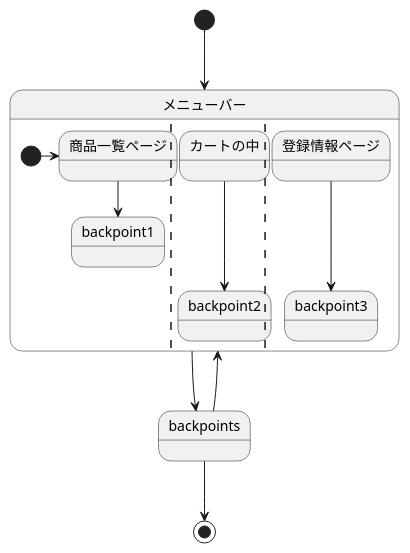
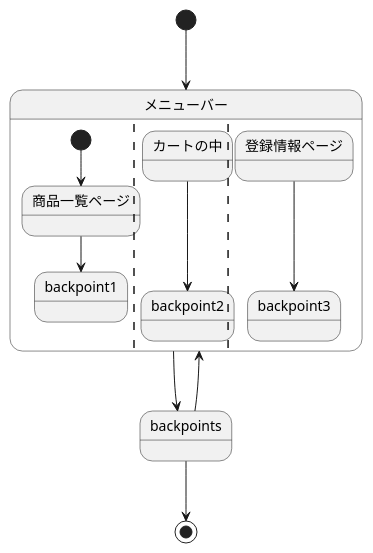
The diagram in sample/StateMachine.md (Aso2001385/2021sys-design), drawn with PlantUML before and after one commit.

````diff
--- a/sample/StateMachine.md
+++ b/sample/StateMachine.md
@@ -1,18 +1,18 @@
 ```uml
 @startuml
 
 [*] --> メニューバー
 state メニューバー {
- [*] -> 商品一覧ページ
+ [*] --> 商品一覧ページ
  商品一覧ページ --> backpoint1
  ||
  カートの中 ----> backpoint2
  ||
  登録情報ページ ----> backpoint3
 }
 メニューバー --> backpoints
 backpoints --> メニューバー
 backpoints --> [*]
 
 @enduml
 ```
````
